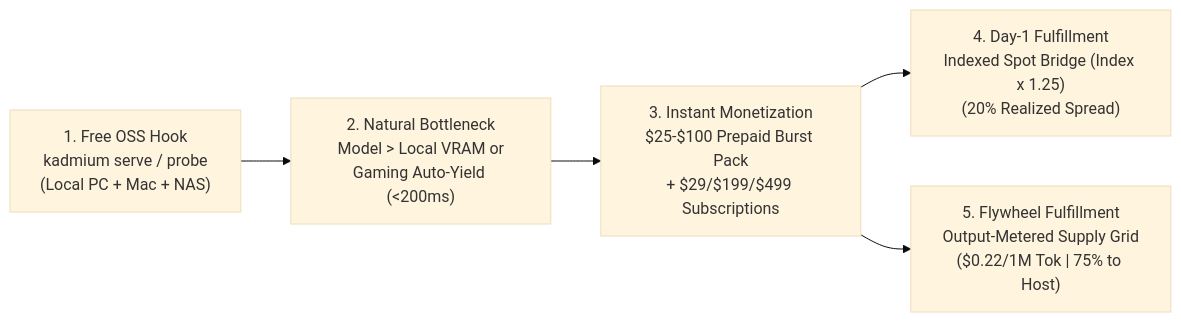
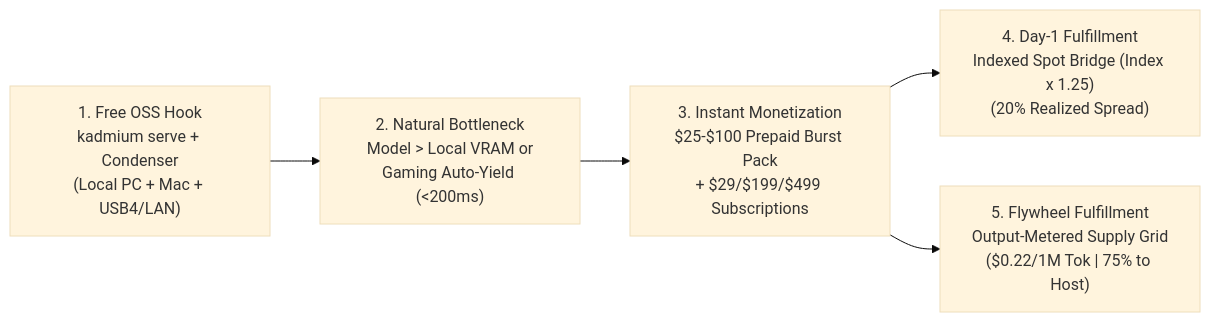
Before and after one commit to mESmaC/Kadmium: the first of 6 diagrams in docs/MARKET_RESEARCH_AND_LAUNCH_PLAN.md, drawn with Mermaid (base theme). The commit also changed other lines of this file and 1 other file, not shown here.

````diff
--- a/docs/MARKET_RESEARCH_AND_LAUNCH_PLAN.md
+++ b/docs/MARKET_RESEARCH_AND_LAUNCH_PLAN.md
@@ -104,7 +104,7 @@
 ```mermaid
 flowchart LR
-    A["1. Free OSS Hook\nkadmium serve / probe\n(Local PC + Mac + NAS)"] --> B["2. Natural Bottleneck\nModel > Local VRAM or\nGaming Auto-Yield (<200ms)"]
+    A["1. Free OSS Hook\nkadmium serve + Condenser\n(Local PC + Mac + USB4/LAN)"] --> B["2. Natural Bottleneck\nModel > Local VRAM or\nGaming Auto-Yield (<200ms)"]
     B --> C["3. Instant Monetization\n$25-$100 Prepaid Burst Pack\n+ $29/$199/$499 Subscriptions"]
     C --> D["4. Day-1 Fulfillment\nIndexed Spot Bridge (Index x 1.25)\n(20% Realized Spread)"]
     C --> E["5. Flywheel Fulfillment\nOutput-Metered Supply Grid\n($0.22/1M Tok | 75% to Host)"]
 ```
````
